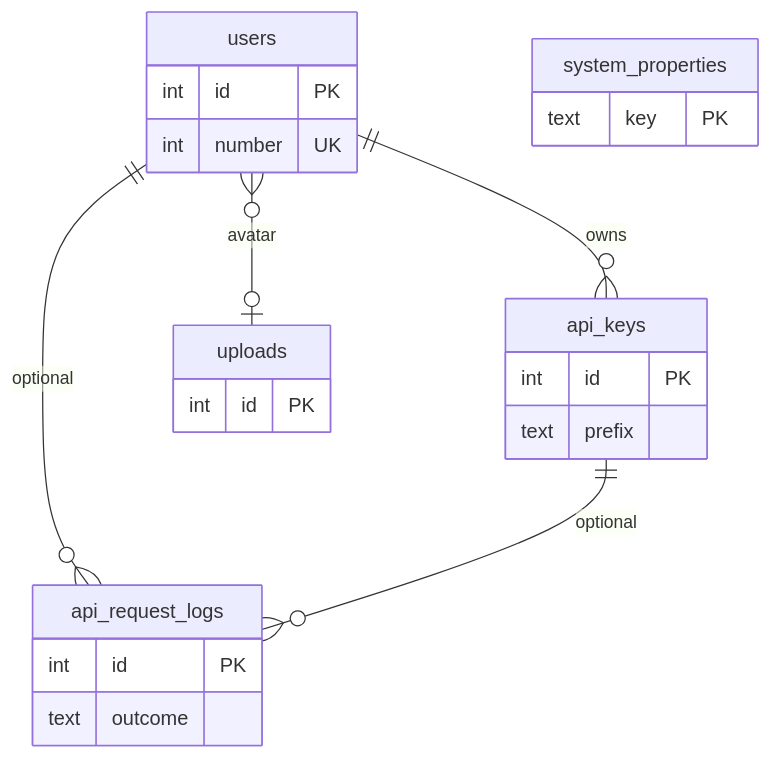
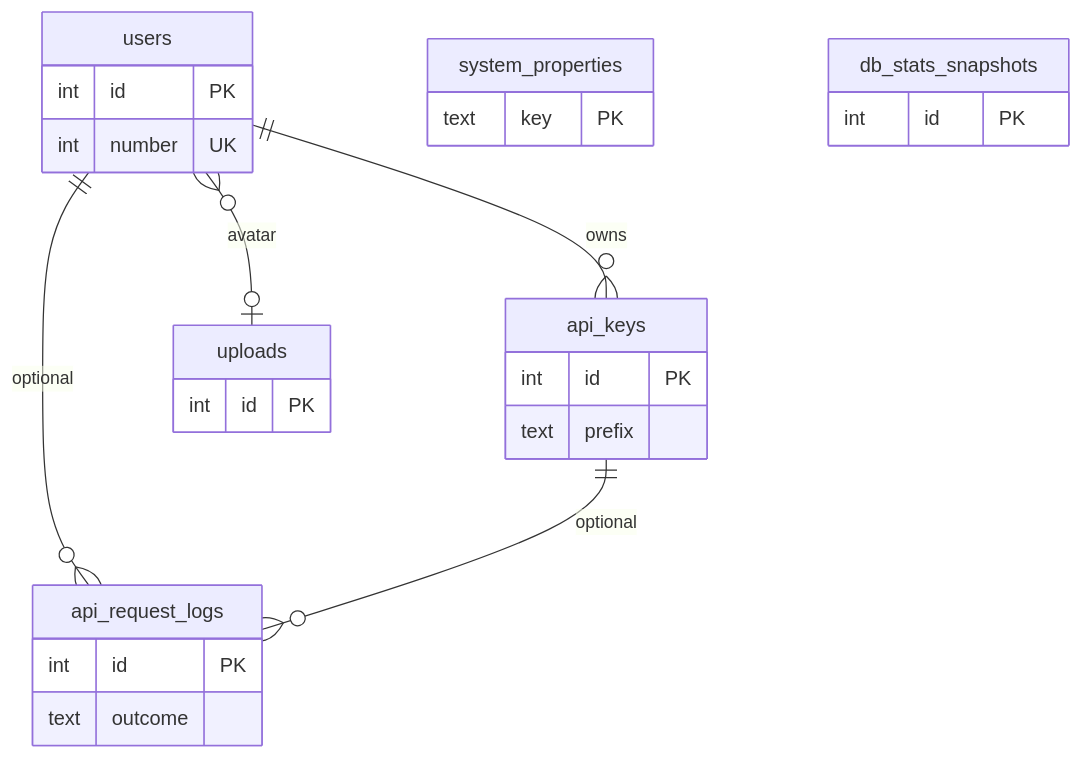
One commit to blackrook-io/taskmesh changed the diagram in docs/database/platform.md. Above: the diagram before and after it, drawn with Mermaid. The commit also changed other lines of this file and 27 other files, not shown here.

First line of the commit message:
Add Administration Database stats and graphs, shipped as 0.27.0.

````diff
--- a/docs/database/platform.md
+++ b/docs/database/platform.md
@@ -18,25 +19,28 @@
 ```mermaid
 erDiagram
   users ||--o{ api_keys : owns
   users ||--o{ api_request_logs : "optional"
   api_keys ||--o{ api_request_logs : "optional"
   users }o--o| uploads : avatar
   users {
     int id PK
     int number UK
   }
   api_keys {
     int id PK
     text prefix
   }
   system_properties {
     text key PK
   }
   api_request_logs {
     int id PK
     text outcome
   }
+  db_stats_snapshots {
+    int id PK
+  }
   uploads {
     int id PK
   }
 ```
````
